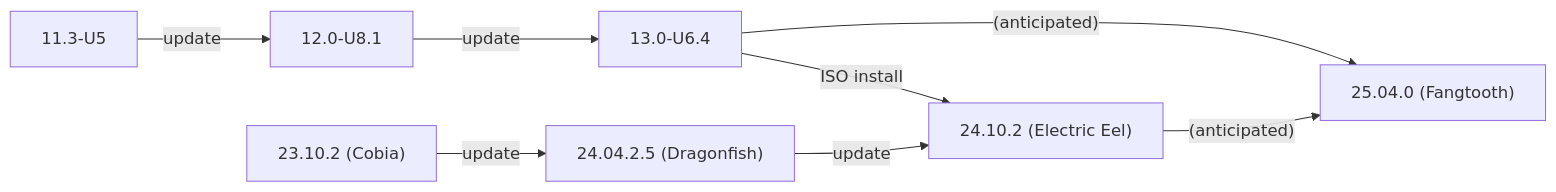
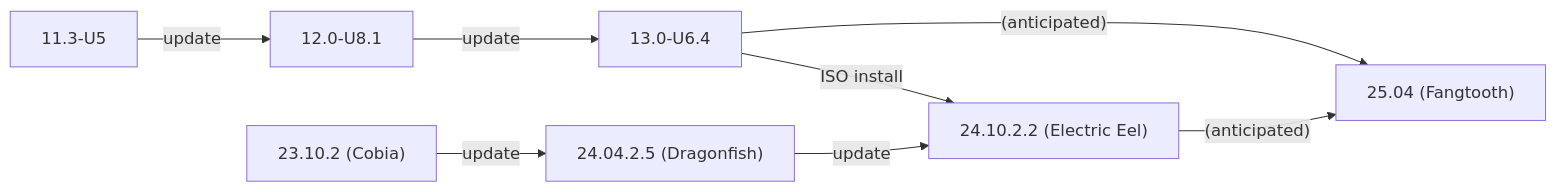
One commit to truenas/documentation changed the second of 2 diagrams in static/includes/SCALEUpgradePaths.md. Above: the diagram before and after it, drawn with Mermaid. The commit also changed other lines of this file, not shown here.

```diff
--- a/static/includes/SCALEUpgradePaths.md
+++ b/static/includes/SCALEUpgradePaths.md
@@ -87,11 +87,11 @@
           {{< mermaid class="mermaid_sizing" >}}
           flowchart LR
             A["11.3-U5"] -->|update| B
             B["12.0-U8.1"] -->|update| C
             C["13.0-U6.4"] -->|ISO install| F
             C["13.0-U6.4"] -->|"(anticipated)"| G
             D["23.10.2 (Cobia)"] -->|update| E
             E["24.04.2.5 (Dragonfish)"]  -->|update| F
-            F["24.10.2 (Electric Eel)"] -->|"(anticipated)"| G
-            G["25.04.0 (Fangtooth)"]
+            F["24.10.2.2 (Electric Eel)"] -->|"(anticipated)"| G
+            G["25.04 (Fangtooth)"]
           {{< /mermaid >}}
```
